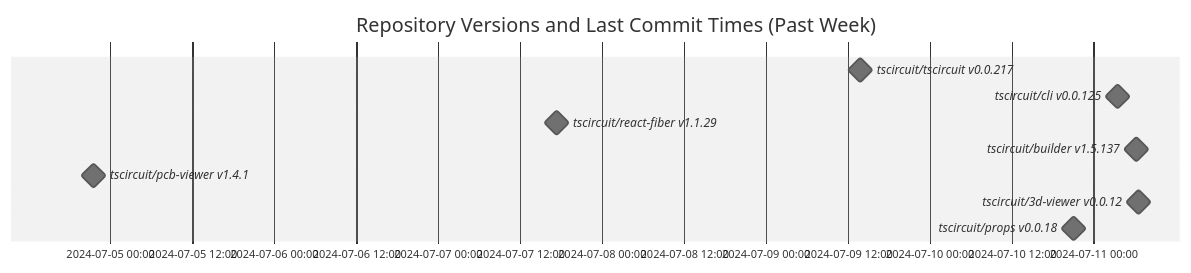
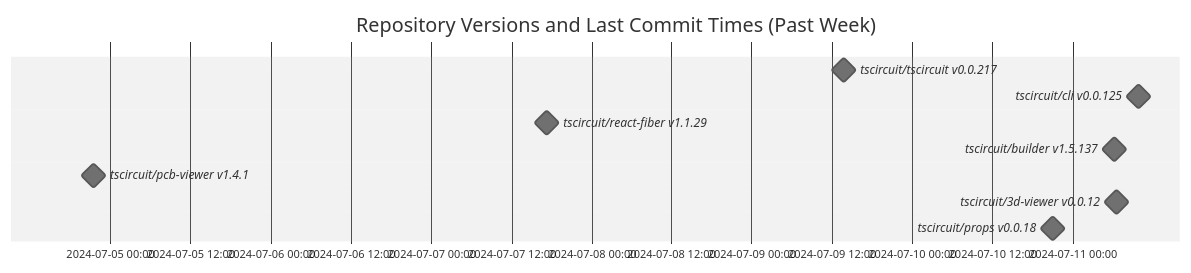
Before and after one commit to tscircuit/version-tracker: the diagram in README.md, drawn with Mermaid (neutral theme).

Commit message:
Update chart

````diff
--- a/README.md
+++ b/README.md
@@ -1,14 +1,14 @@
 ```mermaid
 gantt
   dateFormat  YYYY-MM-DD HH:mm:ss
   title Repository Versions and Last Commit Times (Past Week)
   axisFormat %Y-%m-%d %H:%M
 
   tscircuit/tscircuit v0.0.217 : milestone, 2024-07-09 13:42:47, 1s
-  tscircuit/cli v0.0.125 : milestone, 2024-07-11 03:26:17, 1s
+  tscircuit/cli v0.0.125 : milestone, 2024-07-11 09:51:12, 1s
   tscircuit/react-fiber v1.1.29 : milestone, 2024-07-07 17:23:26, 1s
   tscircuit/builder v1.5.137 : milestone, 2024-07-11 06:10:19, 1s
   tscircuit/pcb-viewer v1.4.1 : milestone, 2024-07-04 21:31:51, 1s
   tscircuit/3d-viewer v0.0.12 : milestone, 2024-07-11 06:31:56, 1s
   tscircuit/props v0.0.18 : milestone, 2024-07-10 20:59:29, 1s
 ```
````
